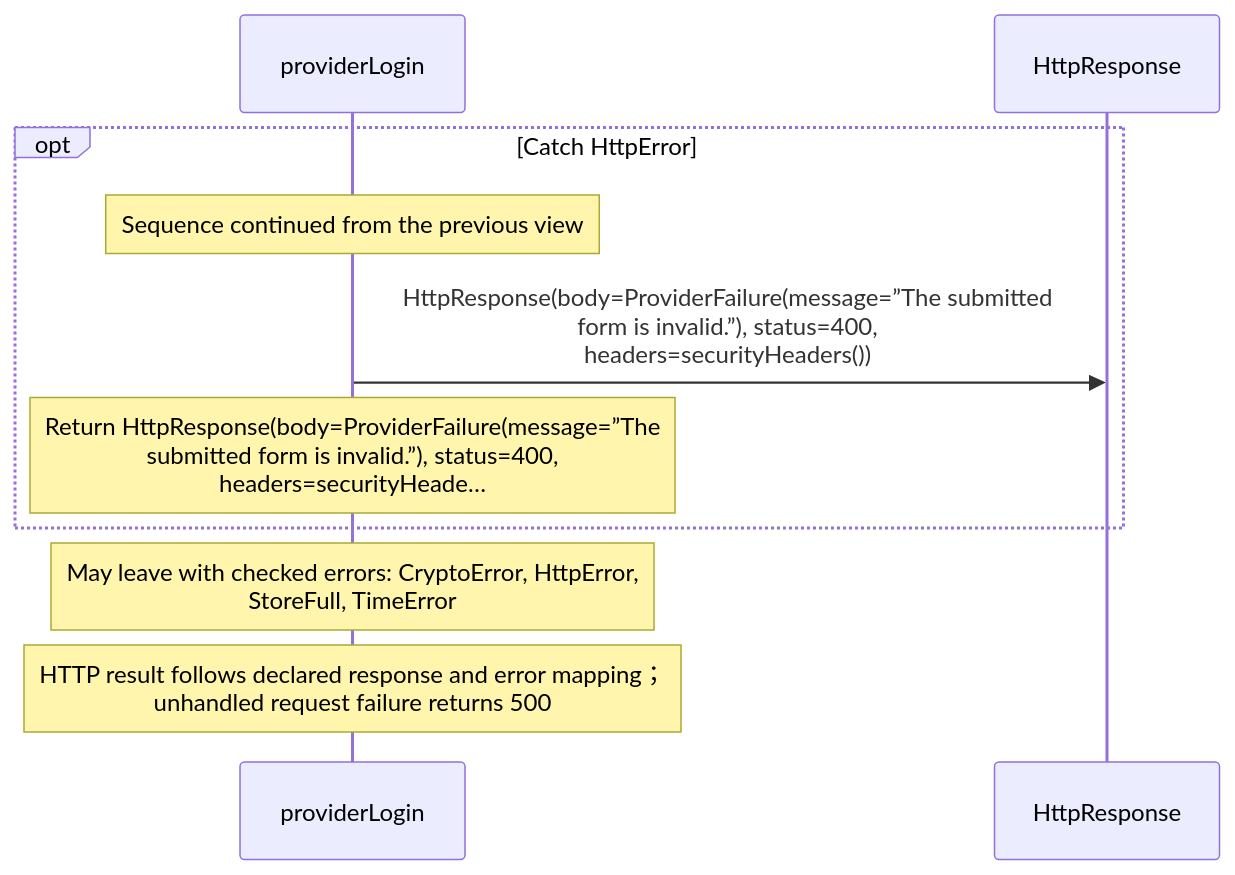
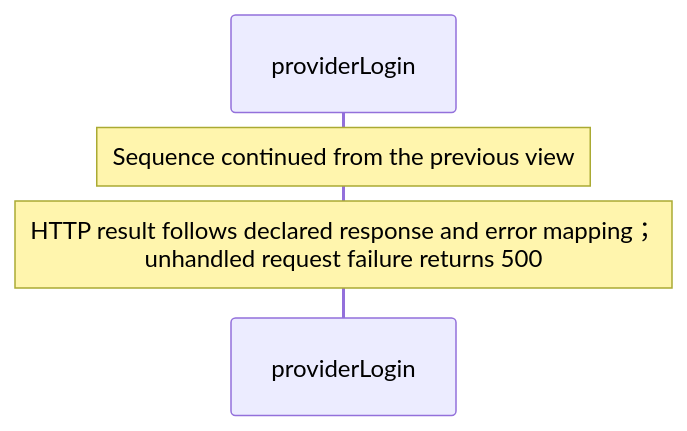
One commit to GreenPandaStudios/augscript changed diagram 12 of 12 in docs/examples/oidc-login/provider/authorization-diagrams.md. Above: the diagram before and after it, drawn with Mermaid. The commit also changed other lines of this file and 304 other files, not shown here.

Commit message:
Make generated data-flow sequences concise and review every diagram

````diff
--- a/docs/examples/oidc-login/provider/authorization-diagrams.md
+++ b/docs/examples/oidc-login/provider/authorization-diagrams.md
@@ -377,12 +385,7 @@
 ```mermaid
 sequenceDiagram
     participant p0 as providerLogin
-    participant p1 as HttpResponse
-    opt Catch HttpError
+
     Note over p0: Sequence continued from the previous view
-    p0->>p1: HttpResponse(body=ProviderFailure(message=”The submitted<br/>form is invalid.”), status=400,<br/>headers=securityHeaders())
-    Note over p0: Return HttpResponse(body=ProviderFailure(message=”The<br/>submitted form is invalid.”), status=400,<br/>headers=securityHeade…
-    end
-    Note over p0: May leave with checked errors: CryptoError, HttpError,<br/>StoreFull, TimeError
     Note over p0: HTTP result follows declared response and error mapping；<br/>unhandled request failure returns 500
 ```
````
